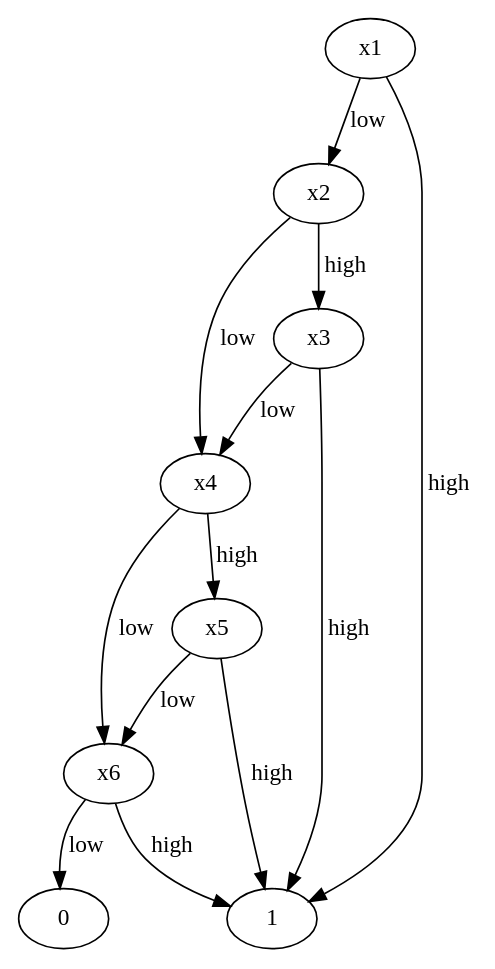
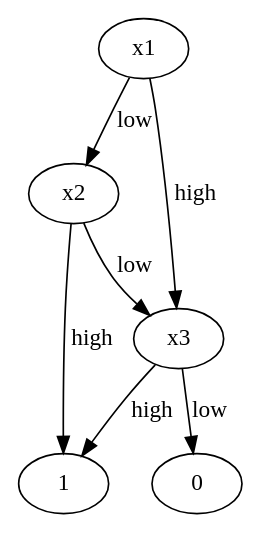
One commit to aptx4869tjx/bdd changed the diagram in fsm.gv. Above: the diagram before and after it, drawn with Graphviz. The commit also changed 2 other files, not shown here.

```diff
--- a/fsm.gv
+++ b/fsm.gv
@@ -1,37 +1,25 @@
 digraph finite_state_machine {
-	x1
-	x2
-	x1 -> x2 [label=low]
+	x15 [label=x1]
+	x24 [label=x2]
+	x15 -> x24 [label=low]
+	x15 [label=x1]
+	x15 -> x33 [label=high]
+	x24 [label=x2]
+	x33 [label=x3]
+	x24 -> x33 [label=low]
 	1
-	x1 -> 1 [label=high]
-	x4
-	x2 -> x4 [label=low]
-	x2
-	x2 -> x3 [label=high]
-	x6
-	x4 -> x6 [label=low]
-	x4
-	x4 -> x5 [label=high]
-	x4
-	x3 -> x4 [label=low]
+	x24 -> 1 [label=high]
+	x33 [label=x3]
+	0
+	x33 -> 0 [label=low]
 	1
-	x3 -> 1 [label=high]
+	x33 -> 1 [label=high]
+	x33 [label=x3]
 	0
-	x6 -> 0 [label=low]
 	1
-	x6 -> 1 [label=high]
-	x6
-	x5 -> x6 [label=low]
 	1
-	x5 -> 1 [label=high]
-	x6
-	x4
 	0
 	1
 	0
 	1
-	x6
-	1
-	0
-	1
 }
```
